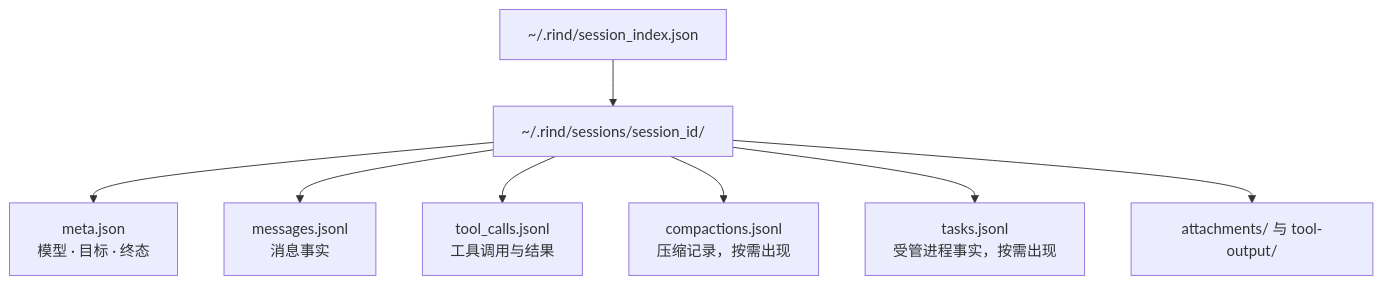
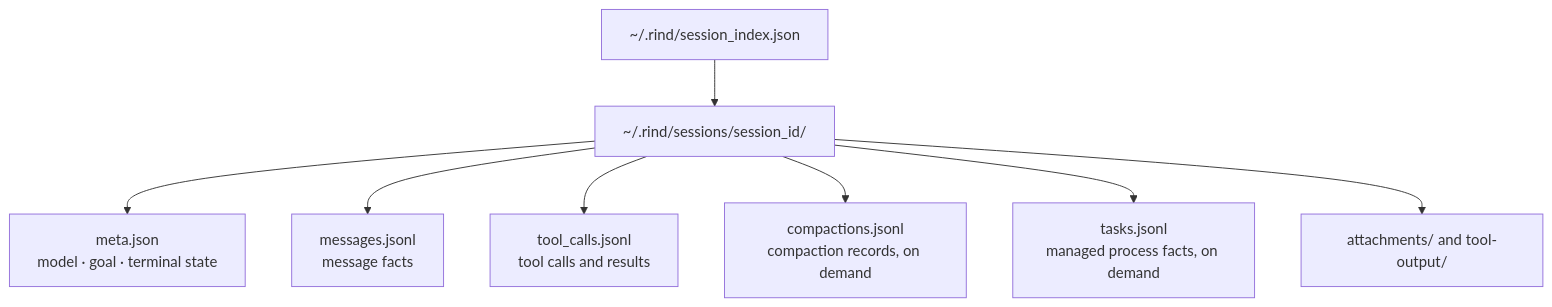
One commit to Azzurroooo/rind changed the diagram in docs/internals/03-persistence/session-store.md. Above: the diagram before and after it, drawn with Mermaid. The commit also changed other lines of this file and 109 other files, not shown here.

```diff
--- a/docs/internals/03-persistence/session-store.md
+++ b/docs/internals/03-persistence/session-store.md
@@ -5,10 +7,10 @@
 ~~~mermaid
 flowchart TB
-    ROOT["~/.rind/sessions/session_id/"] --> META["meta.json<br/>模型 · 目标 · 终态"]
-    ROOT --> MSG["messages.jsonl<br/>消息事实"]
-    ROOT --> TOOL["tool_calls.jsonl<br/>工具调用与结果"]
-    ROOT --> COMP["compactions.jsonl<br/>压缩记录，按需出现"]
-    ROOT --> TASK["tasks.jsonl<br/>受管进程事实，按需出现"]
-    ROOT --> ATT["attachments/ 与 tool-output/"]
+    ROOT["~/.rind/sessions/session_id/"] --> META["meta.json<br/>model · goal · terminal state"]
+    ROOT --> MSG["messages.jsonl<br/>message facts"]
+    ROOT --> TOOL["tool_calls.jsonl<br/>tool calls and results"]
+    ROOT --> COMP["compactions.jsonl<br/>compaction records, on demand"]
+    ROOT --> TASK["tasks.jsonl<br/>managed process facts, on demand"]
+    ROOT --> ATT["attachments/ and tool-output/"]
     INDEX["~/.rind/session_index.json"] --> ROOT
 ~~~
```
